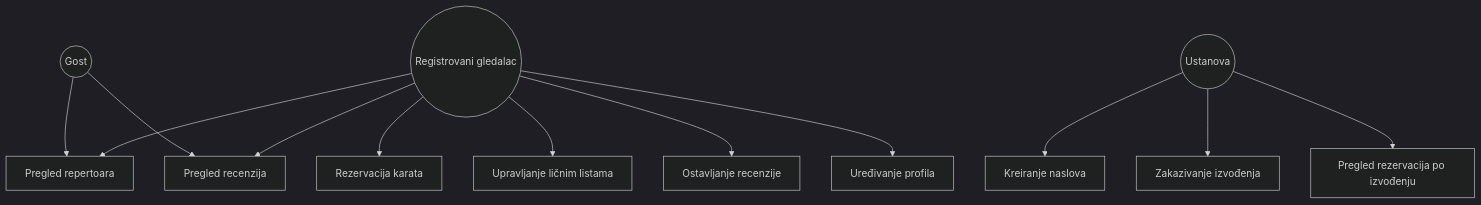
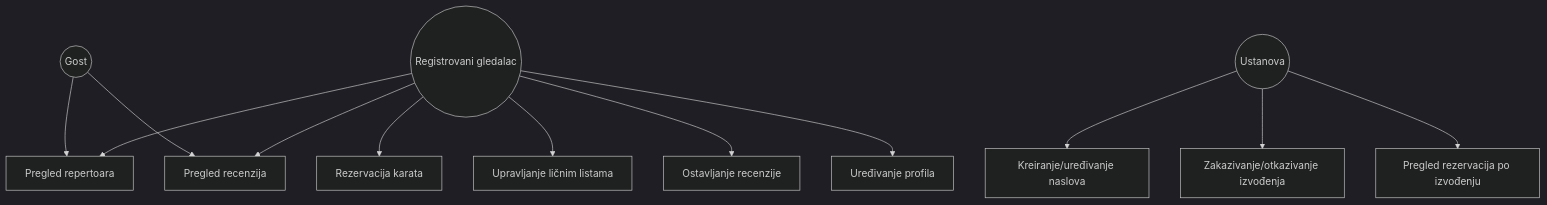
One commit to BorisPetkovic70/Development-of-mobile-Application---ScenaBL changed the second of 2 diagrams in app/ai-context/ScenaBL_Improved_SRS.md. Above: the diagram before and after it, drawn with Mermaid (dark theme). The commit also changed other lines of this file and 2 other files, not shown here.

````diff
--- a/app/ai-context/ScenaBL_Improved_SRS.md
+++ b/app/ai-context/ScenaBL_Improved_SRS.md
@@ -306,20 +291,20 @@
 ```mermaid
 flowchart TB
     Gost((Gost))
     Gledalac((Registrovani gledalac))
     Ustanova((Ustanova))
 
     Gost --> UC1[Pregled repertoara]
     Gost --> UC2[Pregled recenzija]
 
     Gledalac --> UC1
     Gledalac --> UC2
     Gledalac --> UC3[Rezervacija karata]
     Gledalac --> UC4[Upravljanje ličnim listama]
     Gledalac --> UC5[Ostavljanje recenzije]
     Gledalac --> UC6[Uređivanje profila]
 
-    Ustanova --> UC7[Kreiranje naslova]
-    Ustanova --> UC8[Zakazivanje izvođenja]
+    Ustanova --> UC7[Kreiranje/uređivanje naslova]
+    Ustanova --> UC8[Zakazivanje/otkazivanje izvođenja]
     Ustanova --> UC9[Pregled rezervacija po izvođenju]
 ```
````
